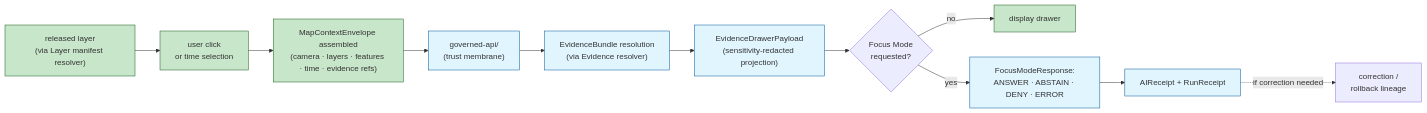
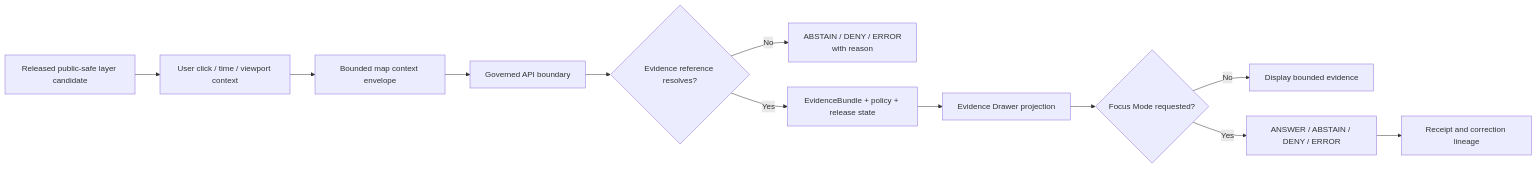
Before and after one commit to bartytime4life/Kansas-Frontier-Matrix: the diagram in docs/architecture/map-master/README.md, drawn with Mermaid. The commit also changed other lines of this file, not shown here.

Commit message:
docs(architecture): reconcile map-master README with current repo

````diff
--- a/docs/architecture/map-master/README.md
+++ b/docs/architecture/map-master/README.md
@@ -222,17 +340,14 @@
 ```mermaid
 flowchart LR
-  L["released layer<br/>(via Layer manifest resolver)"] --> CLK["user click<br/>or time selection"]
-  CLK --> ENV["MapContextEnvelope assembled<br/>(camera · layers · features · time · evidence refs)"]
-  ENV --> API["governed-api/<br/>(trust membrane)"]
-  API --> EB["EvidenceBundle resolution<br/>(via Evidence resolver)"]
-  EB --> DRW["EvidenceDrawerPayload<br/>(sensitivity-redacted projection)"]
-  DRW --> FM{"Focus Mode<br/>requested?"}
-  FM -->|no| DONE["display drawer"]
-  FM -->|yes| FMR["FocusModeResponse:<br/>ANSWER · ABSTAIN · DENY · ERROR"]
-  FMR --> RCPT["AIReceipt + RunReceipt"]
-  RCPT -.->|"if correction needed"| ROLL["correction /<br/>rollback lineage"]
-  classDef map fill:#c8e6c9,stroke:#1b5e20;
-  classDef gov fill:#e1f5fe,stroke:#01579b;
-  class L,CLK,ENV,DONE map;
-  class API,EB,DRW,FMR,RCPT gov;
+    A["Released public-safe layer candidate"] --> B["User click / time / viewport context"]
+    B --> C["Bounded map context envelope"]
+    C --> D["Governed API boundary"]
+    D --> E{"Evidence reference resolves?"}
+    E -->|No| F["ABSTAIN / DENY / ERROR<br/>with reason"]
+    E -->|Yes| G["EvidenceBundle + policy + release state"]
+    G --> H["Evidence Drawer projection"]
+    H --> I{"Focus Mode requested?"}
+    I -->|No| J["Display bounded evidence"]
+    I -->|Yes| K["ANSWER / ABSTAIN / DENY / ERROR"]
+    K --> L["Receipt and correction lineage"]
 ```
````
